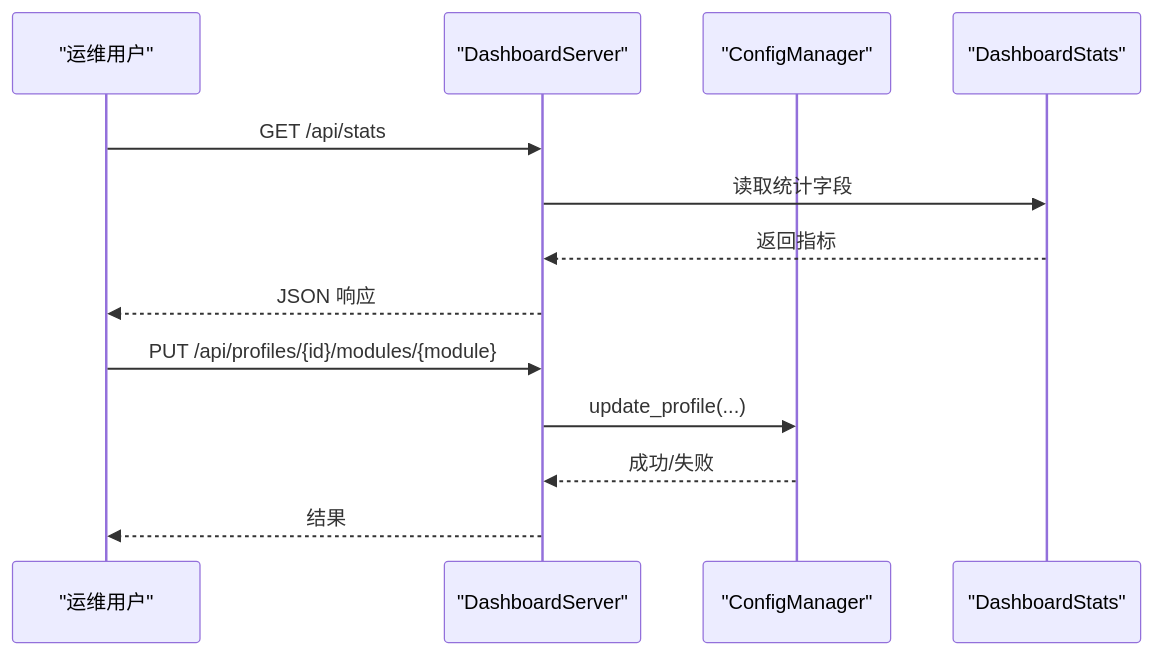
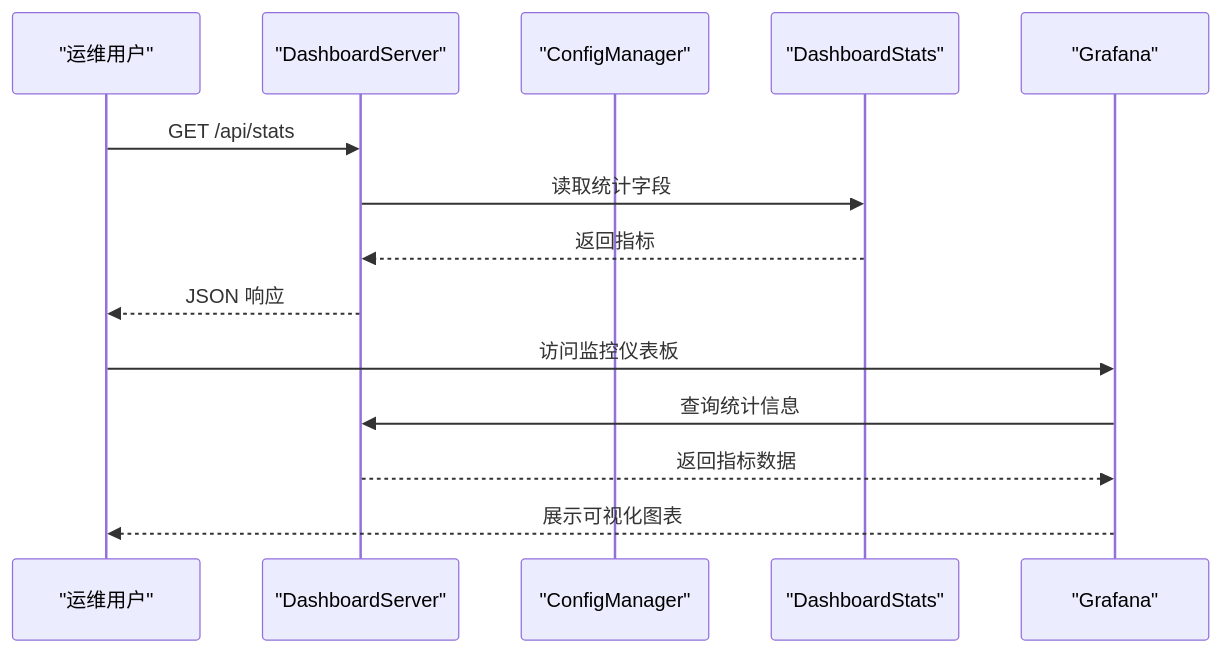
Before and after one commit to JieGaoPrinceton/NecoRAG: the second of 6 diagrams in .qoder/repowiki/zh/content/部署与运维/监控与日志管理.md, drawn with Mermaid. The commit also changed other lines of this file and 20 other files, not shown here.

````diff
--- a/.qoder/repowiki/zh/content/部署与运维/监控与日志管理.md
+++ b/.qoder/repowiki/zh/content/部署与运维/监控与日志管理.md
@@ -103,15 +121,16 @@
 ```mermaid
 sequenceDiagram
 participant U as "运维用户"
 participant API as "DashboardServer"
 participant CFG as "ConfigManager"
 participant STATS as "DashboardStats"
+participant GF as "Grafana"
 U->>API : GET /api/stats
 API->>STATS : 读取统计字段
 STATS-->>API : 返回指标
 API-->>U : JSON 响应
-U->>API : PUT /api/profiles/{id}/modules/{module}
-API->>CFG : update_profile(...)
-CFG-->>API : 成功/失败
-API-->>U : 结果
+U->>GF : 访问监控仪表板
+GF->>API : 查询统计信息
+API-->>GF : 返回指标数据
+GF-->>U : 展示可视化图表
 ```
````
